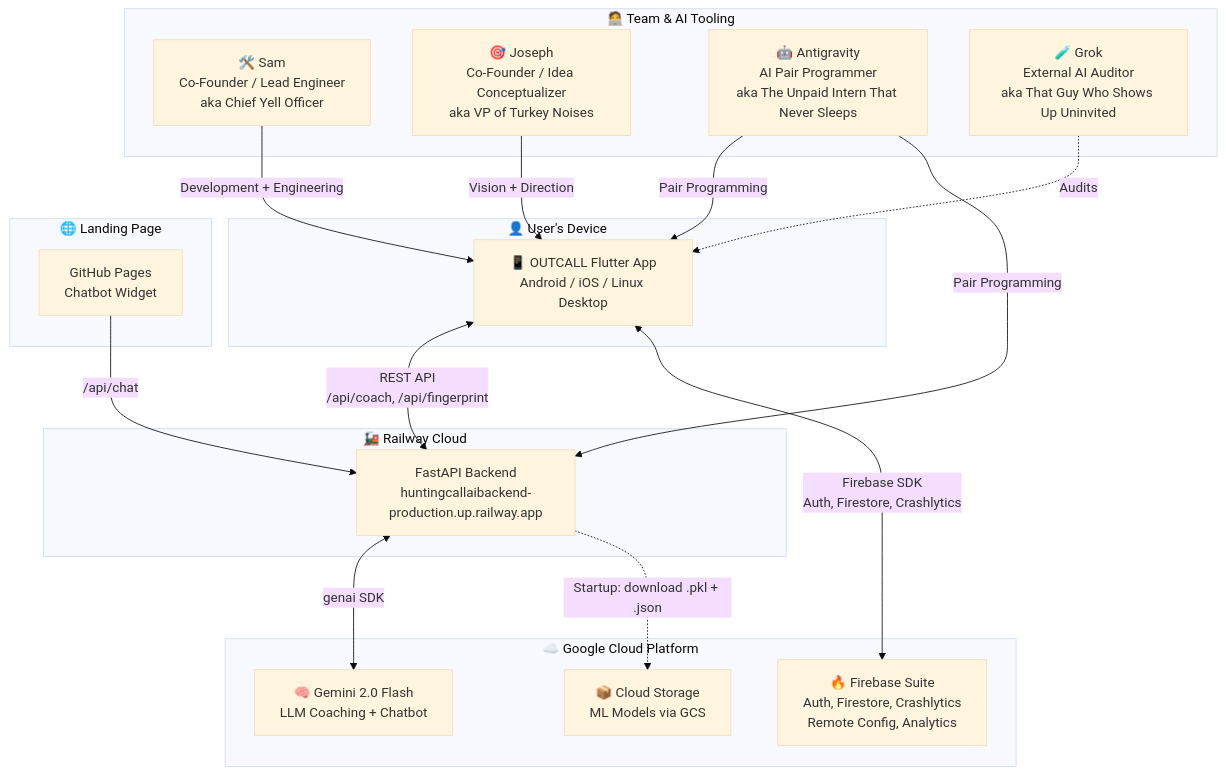
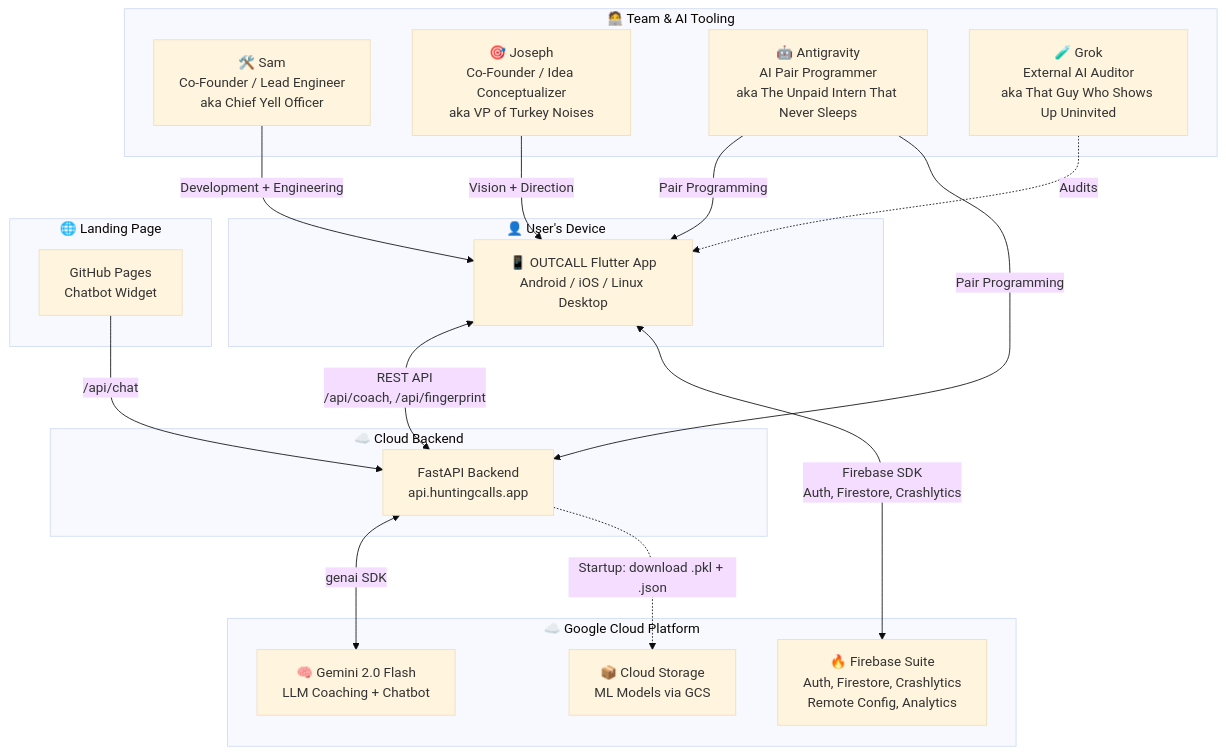
One commit to neo3151/Hunting_Call changed the diagram in docs/diagrams/1_ecosystem.mmd. Above: the diagram before and after it, drawn with Mermaid (base theme). The commit also changed 124 other files, not shown here.

```diff
--- a/docs/diagrams/1_ecosystem.mmd
+++ b/docs/diagrams/1_ecosystem.mmd
@@ -1,37 +1,37 @@
 graph TB
     subgraph TEAM["🧑‍💻 Team & AI Tooling"]
         SAM["🛠️ Sam<br/>Co-Founder / Lead Engineer<br/>aka Chief Yell Officer"]
         JOSEPH["🎯 Joseph<br/>Co-Founder / Idea Conceptualizer<br/>aka VP of Turkey Noises"]
         ANTI["🤖 Antigravity<br/>AI Pair Programmer<br/>aka The Unpaid Intern That Never Sleeps"]
         GROK["🧪 Grok<br/>External AI Auditor<br/>aka That Guy Who Shows Up Uninvited"]
     end
 
     subgraph USER["👤 User's Device"]
         APP["📱 OUTCALL Flutter App<br/>Android / iOS / Linux Desktop"]
     end
 
-    subgraph RAILWAY["🚂 Railway Cloud"]
-        API["FastAPI Backend<br/>huntingcallaibackend-production.up.railway.app"]
+    subgraph BACKEND["☁️ Cloud Backend"]
+        API["FastAPI Backend<br/>api.huntingcalls.app"]
     end
 
     subgraph GOOGLE["☁️ Google Cloud Platform"]
         GEMINI["🧠 Gemini 2.0 Flash<br/>LLM Coaching + Chatbot"]
         FIREBASE["🔥 Firebase Suite<br/>Auth, Firestore, Crashlytics<br/>Remote Config, Analytics"]
         GCS["📦 Cloud Storage<br/>ML Models via GCS"]
     end
 
     subgraph WEB["🌐 Landing Page"]
         SITE["GitHub Pages<br/>Chatbot Widget"]
     end
 
     SAM -->|"Development + Engineering"| APP
     JOSEPH -->|"Vision + Direction"| APP
     ANTI -->|"Pair Programming"| APP
     ANTI -->|"Pair Programming"| API
     GROK -.->|"Audits"| APP
 
     APP <-->|"REST API<br/>/api/coach, /api/fingerprint"| API
     API <-->|"genai SDK"| GEMINI
     API -.->|"Startup: download .pkl + .json"| GCS
     APP <-->|"Firebase SDK<br/>Auth, Firestore, Crashlytics"| FIREBASE
     SITE -->|"/api/chat"| API
```
